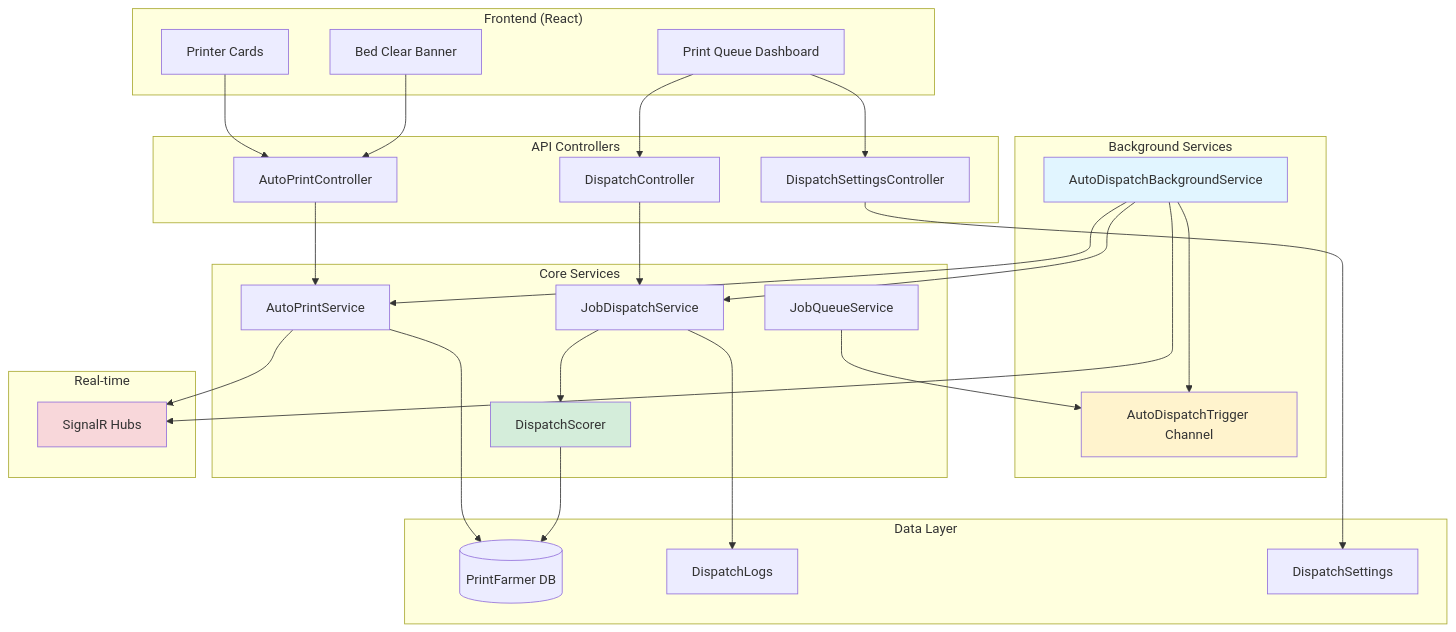
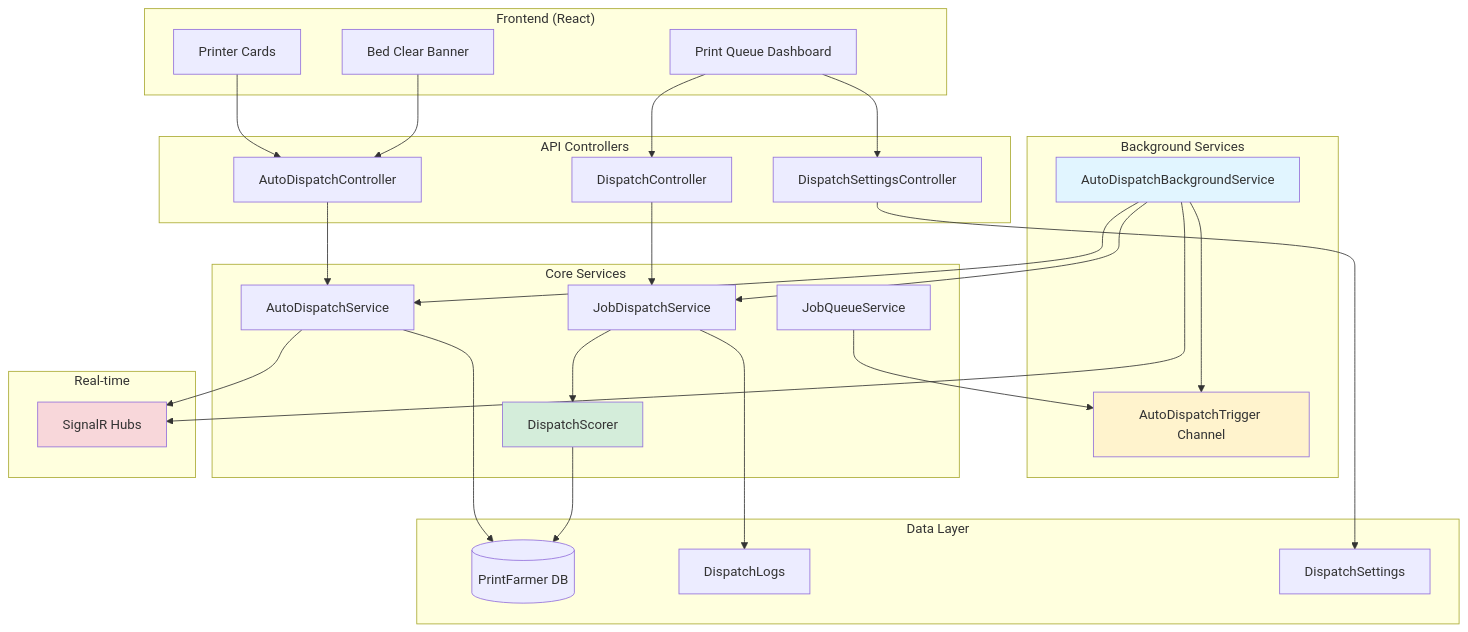
The first of 4 diagrams in docs/AUTO_DISPATCH.md (OlyForge3D/PrintFarmer), drawn with Mermaid before and after one commit. The commit also changed other lines of this file and 36 other files, not shown here.

First line of the commit message:
feat: complete auto-dispatch rename [closes PFarm1-cfl]

````diff
--- a/docs/AUTO_DISPATCH.md
+++ b/docs/AUTO_DISPATCH.md
@@ -54,63 +54,63 @@
 ```mermaid
 graph TB
     subgraph "Frontend (React)"
         UI[Print Queue Dashboard]
         PC[Printer Cards]
         BCC[Bed Clear Banner]
     end
     
     subgraph "API Controllers"
         DC[DispatchController]
         DSC[DispatchSettingsController]
-        APC[AutoPrintController]
+        ADC[AutoDispatchController]
     end
     
     subgraph "Background Services"
         ADBS[AutoDispatchBackgroundService]
         ADT[AutoDispatchTrigger Channel]
     end
     
     subgraph "Core Services"
         JQS[JobQueueService]
-        APS[AutoPrintService]
+        APS[AutoDispatchService]
         JDS[JobDispatchService]
         DS[DispatchScorer]
     end
     
     subgraph "Data Layer"
         DB[(PrintFarmer DB)]
         DL[DispatchLogs]
         DSE[DispatchSettings]
     end
     
     subgraph "Real-time"
         SH[SignalR Hubs]
     end
     
     UI --> DC
     UI --> DSC
-    PC --> APC
-    BCC --> APC
+    PC --> ADC
+    BCC --> ADC
     
     DC --> JDS
     DSC --> DSE
-    APC --> APS
+    ADC --> APS
     
     JQS --> ADT
     ADBS --> ADT
     ADBS --> JDS
     ADBS --> APS
     
     JDS --> DS
     APS --> DB
     DS --> DB
     
     ADBS --> SH
     APS --> SH
     JDS --> DL
     
     style ADBS fill:#e1f5ff
     style ADT fill:#fff3cd
     style DS fill:#d4edda
     style SH fill:#f8d7da
 ```
````
